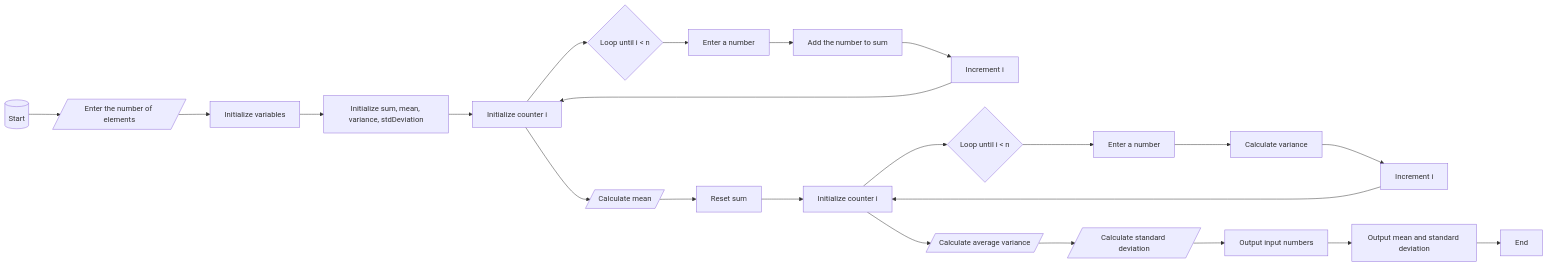
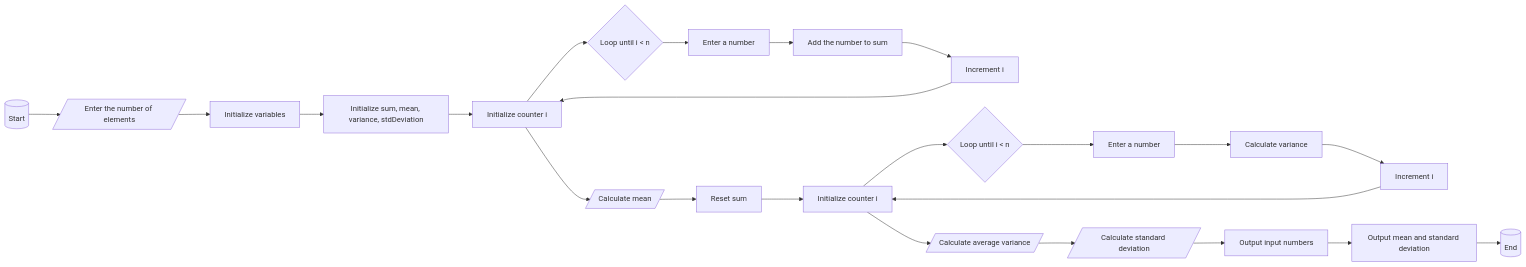
One commit to Robelermiyas/mermain-practicies changed the diagram in readme.md. Above: the diagram before and after it, drawn with Mermaid.

````diff
--- a/readme.md
+++ b/readme.md
@@ -1,34 +1,34 @@
 ```mermaid
 
 graph LR
 A[(Start)] --> B[/Enter the number of elements/]
 B --> C[Initialize variables]
 C --> D[Initialize sum, mean, variance, stdDeviation]
 D --> E[Initialize counter i]
 E --> F{Loop until i < n}
 F --> G[Enter a number]
 G --> H[Add the number to sum]
 H --> I[Increment i]
 I --> E
 E --> J[/Calculate mean/]
 J --> K[Reset sum]
 K --> L[Initialize counter i]
 L --> M{Loop until i < n}
 M --> N[Enter a number]
 N --> O[Calculate variance]
 O --> P[Increment i]
 P --> L
 L --> Q[/Calculate average variance/]
 Q --> R[/Calculate standard deviation/]
 R --> S[Output input numbers]
 S --> T[Output mean and standard deviation]
-T --> U[End]
+T --> U[(End)]
 
 
 
 
 
 
 
 
 ``` 
````
